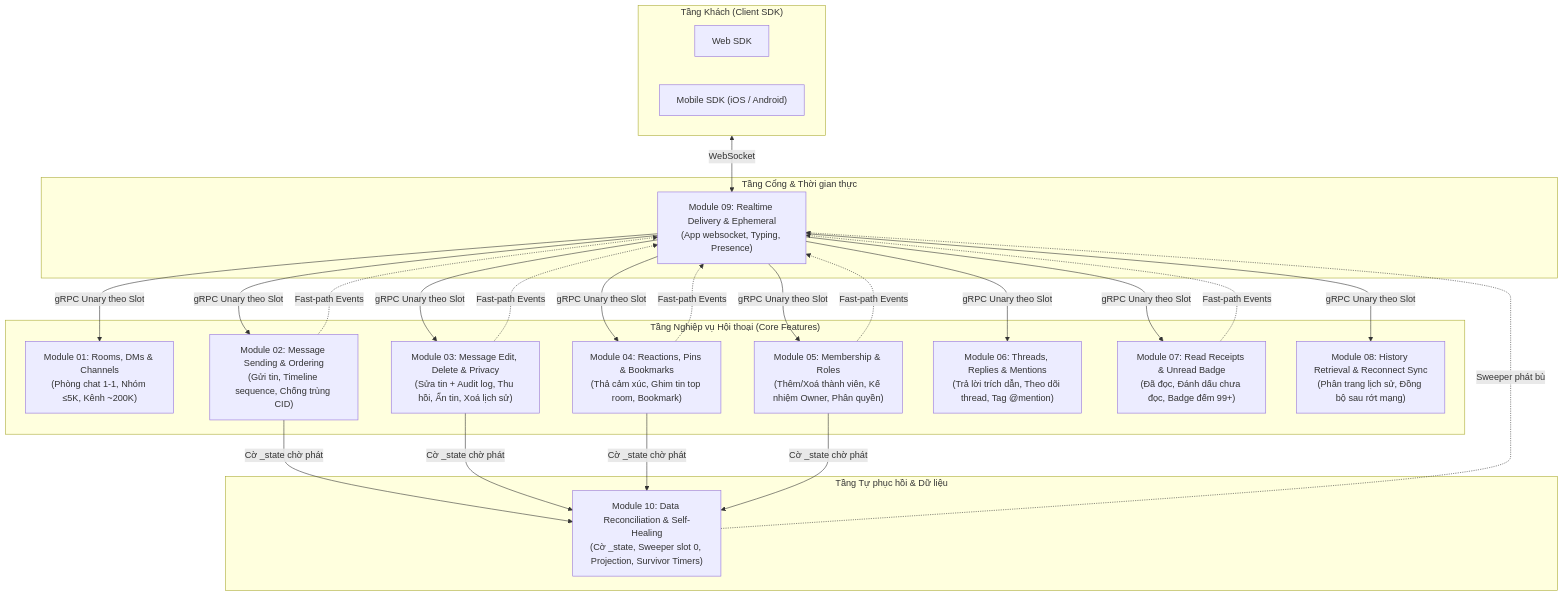
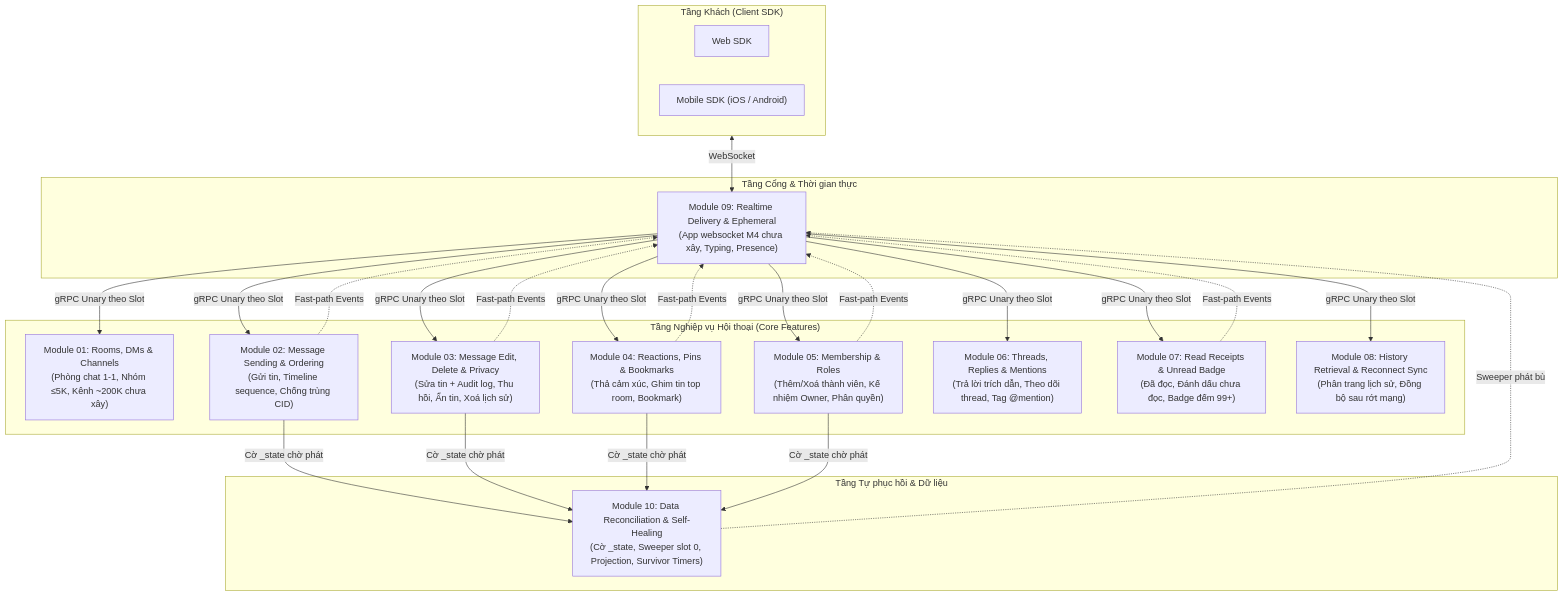
One commit to ivannguyendev/chatim changed the first of 2 diagrams in docs/modules/README.md. Above: the diagram before and after it, drawn with Mermaid. The commit also changed other lines of this file and 12 other files, not shown here.

````diff
--- a/docs/modules/README.md
+++ b/docs/modules/README.md
@@ -13,48 +13,48 @@
 ```mermaid
 flowchart TD
     subgraph Client["Tầng Khách (Client SDK)"]
         Web["Web SDK"]
         Mobile["Mobile SDK (iOS / Android)"]
     end
 
     subgraph Entry["Tầng Cổng & Thời gian thực"]
-        M09["Module 09: Realtime Delivery & Ephemeral<br/>(App websocket, Typing, Presence)"]
+        M09["Module 09: Realtime Delivery & Ephemeral<br/>(App websocket M4 chưa xây, Typing, Presence)"]
     end
 
     subgraph CoreFeatures["Tầng Nghiệp vụ Hội thoại (Core Features)"]
-        M01["Module 01: Rooms, DMs & Channels<br/>(Phòng chat 1-1, Nhóm ≤5K, Kênh ~200K)"]
+        M01["Module 01: Rooms, DMs & Channels<br/>(Phòng chat 1-1, Nhóm ≤5K, Kênh ~200K chưa xây)"]
         M02["Module 02: Message Sending & Ordering<br/>(Gửi tin, Timeline sequence, Chống trùng CID)"]
         M03["Module 03: Message Edit, Delete & Privacy<br/>(Sửa tin + Audit log, Thu hồi, Ẩn tin, Xoá lịch sử)"]
         M04["Module 04: Reactions, Pins & Bookmarks<br/>(Thả cảm xúc, Ghim tin top room, Bookmark)"]
         M05["Module 05: Membership & Roles<br/>(Thêm/Xoá thành viên, Kế nhiệm Owner, Phân quyền)"]
         M06["Module 06: Threads, Replies & Mentions<br/>(Trả lời trích dẫn, Theo dõi thread, Tag @mention)"]
         M07["Module 07: Read Receipts & Unread Badge<br/>(Đã đọc, Đánh dấu chưa đọc, Badge đếm 99+)"]
         M08["Module 08: History Retrieval & Reconnect Sync<br/>(Phân trang lịch sử, Đồng bộ sau rớt mạng)"]
     end
 
     subgraph Resilience["Tầng Tự phục hồi & Dữ liệu"]
         M10["Module 10: Data Reconciliation & Self-Healing<br/>(Cờ _state, Sweeper slot 0, Projection, Survivor Timers)"]
     end
 
     Client <-->|WebSocket| M09
     M09 -->|gRPC Unary theo Slot| M01
     M09 -->|gRPC Unary theo Slot| M02
     M09 -->|gRPC Unary theo Slot| M03
     M09 -->|gRPC Unary theo Slot| M04
     M09 -->|gRPC Unary theo Slot| M05
     M09 -->|gRPC Unary theo Slot| M06
     M09 -->|gRPC Unary theo Slot| M07
     M09 -->|gRPC Unary theo Slot| M08
 
     M02 -.->|Fast-path Events| M09
     M03 -.->|Fast-path Events| M09
     M04 -.->|Fast-path Events| M09
     M05 -.->|Fast-path Events| M09
     M07 -.->|Fast-path Events| M09
 
     M02 -->|Cờ _state chờ phát| M10
     M03 -->|Cờ _state chờ phát| M10
     M04 -->|Cờ _state chờ phát| M10
     M05 -->|Cờ _state chờ phát| M10
     M10 -.->|Sweeper phát bù| M09
 ```
````
